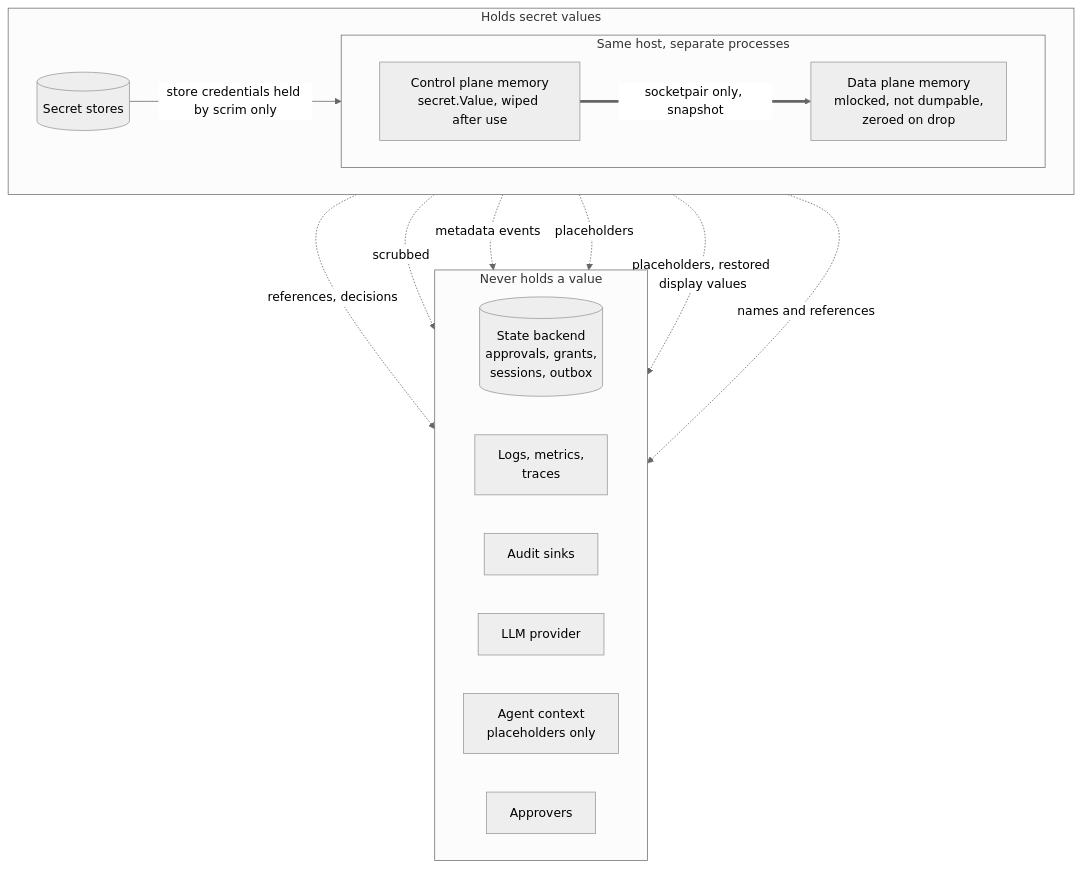
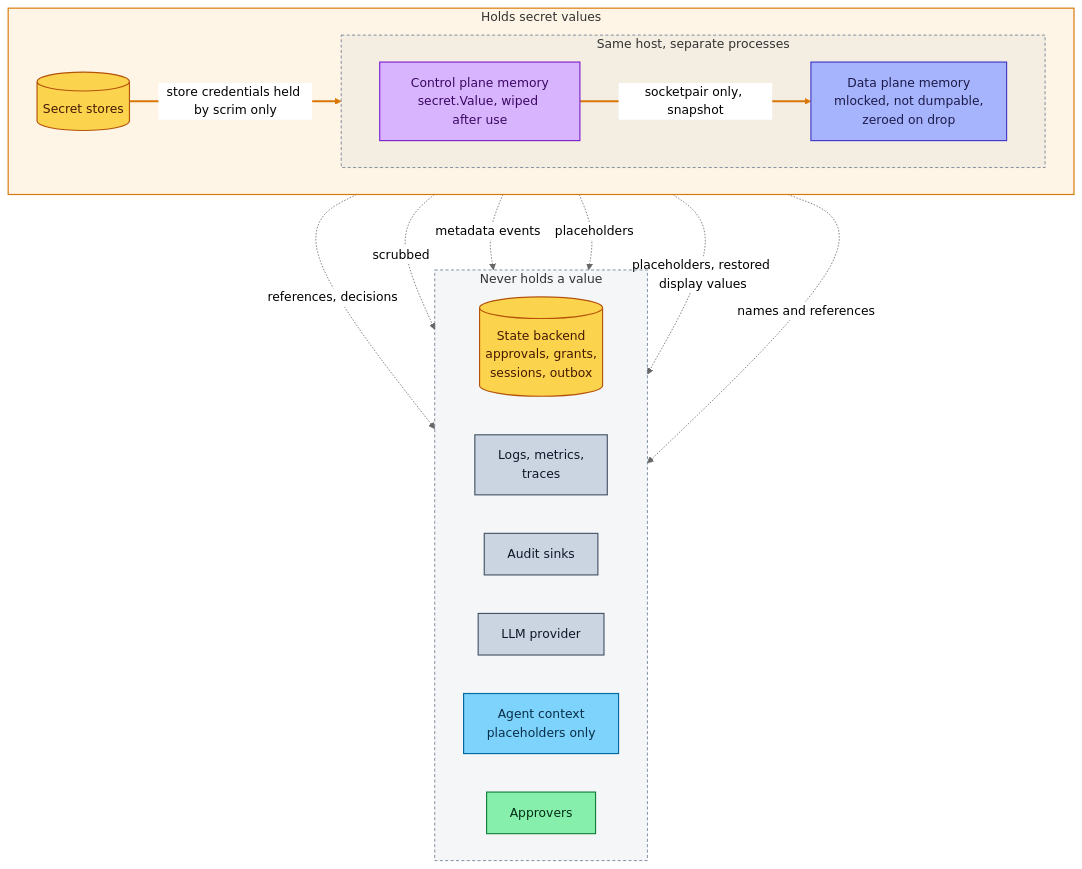
The seventh of 8 diagrams in docs/architecture.md (Heliopsy/scrim), drawn with Mermaid (neutral theme) before and after one commit. The commit also changed other lines of this file and 6 other files, not shown here.

Commit message:
docs: new scrim logo and colour-coded mermaid diagrams

````diff
--- a/docs/architecture.md
+++ b/docs/architecture.md
@@ -391,31 +482,48 @@
 ```mermaid
 flowchart TB
   subgraph values["Holds secret values"]
     direction LR
     stores[("Secret stores")]
     subgraph host["Same host, separate processes"]
       direction LR
       cpm["Control plane memory<br>secret.Value, wiped after use"]
       dpm["Data plane memory<br>mlocked, not dumpable,<br>zeroed on drop"]
       cpm == "socketpair only, snapshot" ==> dpm
     end
     stores -- "store credentials held by scrim only" --> cpm
   end
 
   subgraph none["Never holds a value"]
     direction LR
     db[("State backend<br>approvals, grants,<br>sessions, outbox")]
     logs["Logs, metrics,<br>traces"]
     aud["Audit sinks"]
     prov["LLM provider"]
     ag["Agent context<br>placeholders only"]
     appr["Approvers"]
   end
 
   cpm -. "references, decisions" .-> db
   cpm -. "scrubbed" .-> logs
   cpm -. "metadata events" .-> aud
   dpm -. "placeholders" .-> prov
   dpm -. "placeholders, restored display values" .-> ag
   cpm -. "names and references" .-> appr
+  classDef agent fill:#7dd3fc,stroke:#0369a1,stroke-width:1.5px,color:#082f49
+  classDef dplane fill:#a5b4fc,stroke:#4338ca,stroke-width:1.5px,color:#1e1b4b
+  classDef cplane fill:#d8b4fe,stroke:#7e22ce,stroke-width:1.5px,color:#3b0764
+  classDef store fill:#fcd34d,stroke:#b45309,stroke-width:1.5px,color:#451a03
+  classDef ext fill:#cbd5e1,stroke:#475569,stroke-width:1.5px,color:#0f172a
+  classDef human fill:#86efac,stroke:#15803d,stroke-width:1.5px,color:#052e16
+  classDef zone fill:#94a3b81a,stroke:#64748b,stroke-width:1px,stroke-dasharray:4 3
+  classDef secretzone fill:#f59e0b1a,stroke:#d97706,stroke-width:1.5px
+  class stores,db store
+  class cpm cplane
+  class dpm dplane
+  class logs,aud,prov ext
+  class ag agent
+  class appr human
+  class values secretzone
+  class host,none zone
+  linkStyle 0,1 stroke:#d97706,stroke-width:2.5px
 ```
````
